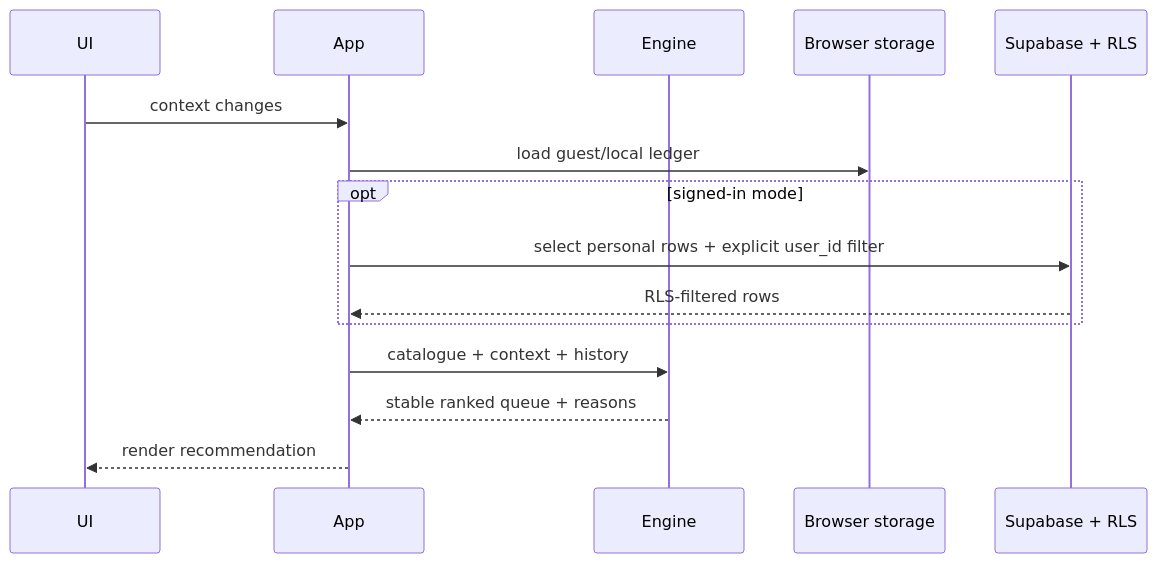
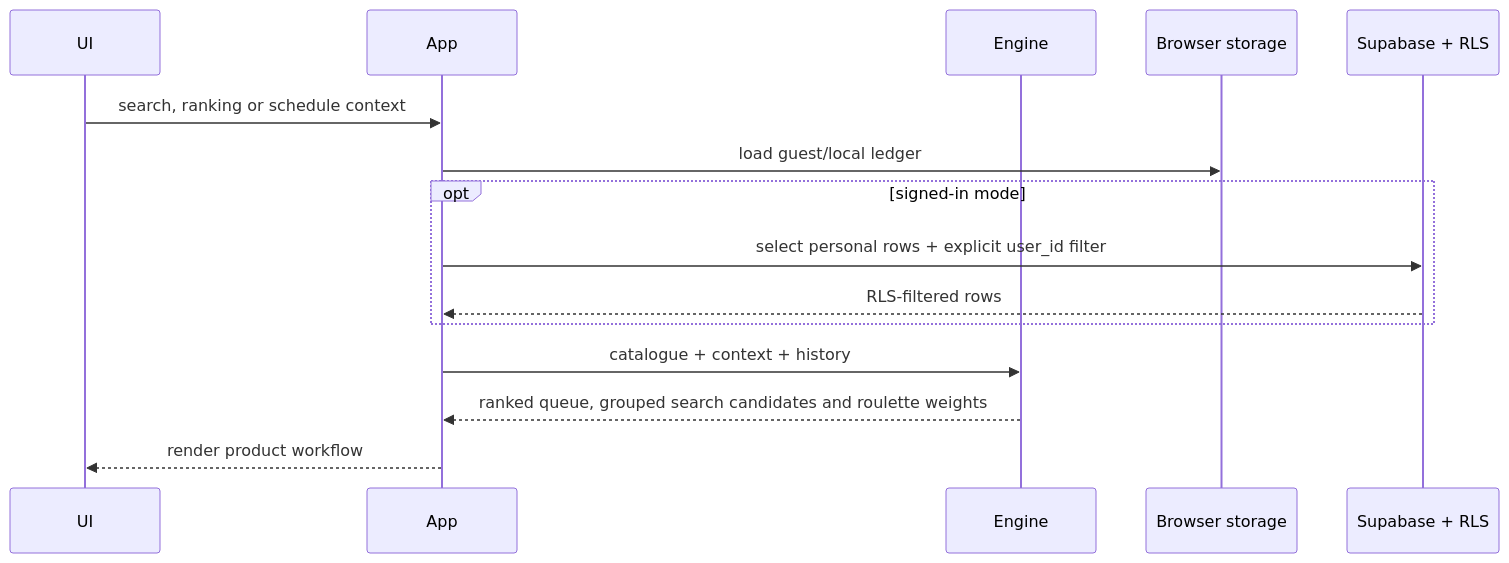
Before and after one commit to QuestyQ/novelbite: the diagram in docs/architecture.md, drawn with Mermaid. The commit also changed other lines of this file and 22 other files, not shown here.

````diff
--- a/docs/architecture.md
+++ b/docs/architecture.md
@@ -22,18 +22,18 @@
 ```mermaid
 sequenceDiagram
   participant UI
   participant App
   participant Engine
   participant Local as Browser storage
   participant Cloud as Supabase + RLS
 
-  UI->>App: context changes
+  UI->>App: search, ranking or schedule context
   App->>Local: load guest/local ledger
   opt signed-in mode
     App->>Cloud: select personal rows + explicit user_id filter
     Cloud-->>App: RLS-filtered rows
   end
   App->>Engine: catalogue + context + history
-  Engine-->>App: stable ranked queue + reasons
-  App-->>UI: render recommendation
+  Engine-->>App: ranked queue, grouped search candidates and roulette weights
+  App-->>UI: render product workflow
 ```
````
